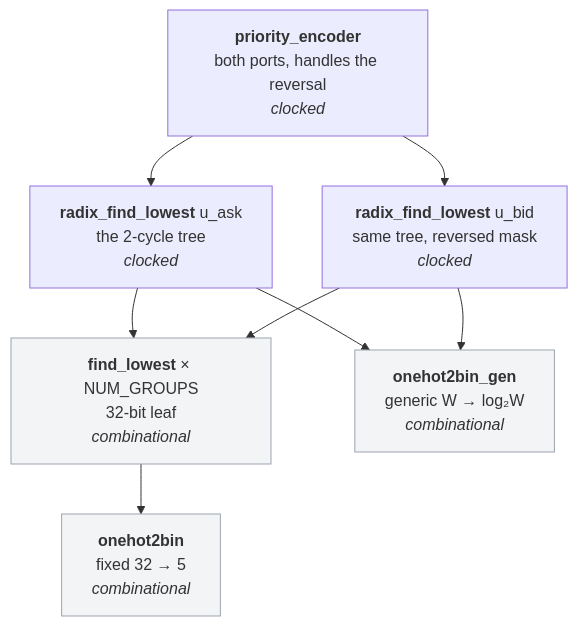
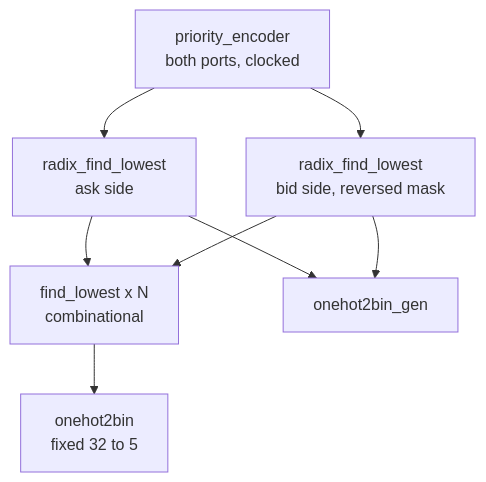
Before and after one commit to Rushmello369/fpga-feed-handler: the first of 5 diagrams in docs/diagrams/priority_encoder.md, drawn with Mermaid. The commit also changed other lines of this file and 12 other files, not shown here.

Commit message:
add diagrams for system and module architectures

````diff
--- a/docs/diagrams/priority_encoder.md
+++ b/docs/diagrams/priority_encoder.md
@@ -14,20 +14,11 @@
 ```mermaid
-flowchart TB
-    PE["<b>priority_encoder</b><br/>both ports, handles the reversal<br/><i>clocked</i>"]
-    RA["<b>radix_find_lowest</b> u_ask<br/>the 2-cycle tree<br/><i>clocked</i>"]
-    RB["<b>radix_find_lowest</b> u_bid<br/>same tree, reversed mask<br/><i>clocked</i>"]
-    FL["<b>find_lowest</b> × NUM_GROUPS<br/>32-bit leaf<br/><i>combinational</i>"]
-    O2B["<b>onehot2bin</b><br/>fixed 32 → 5<br/><i>combinational</i>"]
-    O2BG["<b>onehot2bin_gen</b><br/>generic W → log₂W<br/><i>combinational</i>"]
-
-    PE --> RA
-    PE --> RB
-    RA --> FL
-    RA --> O2BG
+flowchart TD
+    PE[priority_encoder<br/>both ports, clocked]
+    PE --> RA[radix_find_lowest<br/>ask side]
+    PE --> RB[radix_find_lowest<br/>bid side, reversed mask]
+    RA --> FL[find_lowest x N<br/>combinational]
     RB --> FL
+    RA --> O2BG[onehot2bin_gen]
     RB --> O2BG
-    FL --> O2B
-
-    classDef comb fill:#f3f4f6,stroke:#9ca3af
-    class FL,O2B,O2BG comb
+    FL --> O2B[onehot2bin<br/>fixed 32 to 5]
 ```
````
